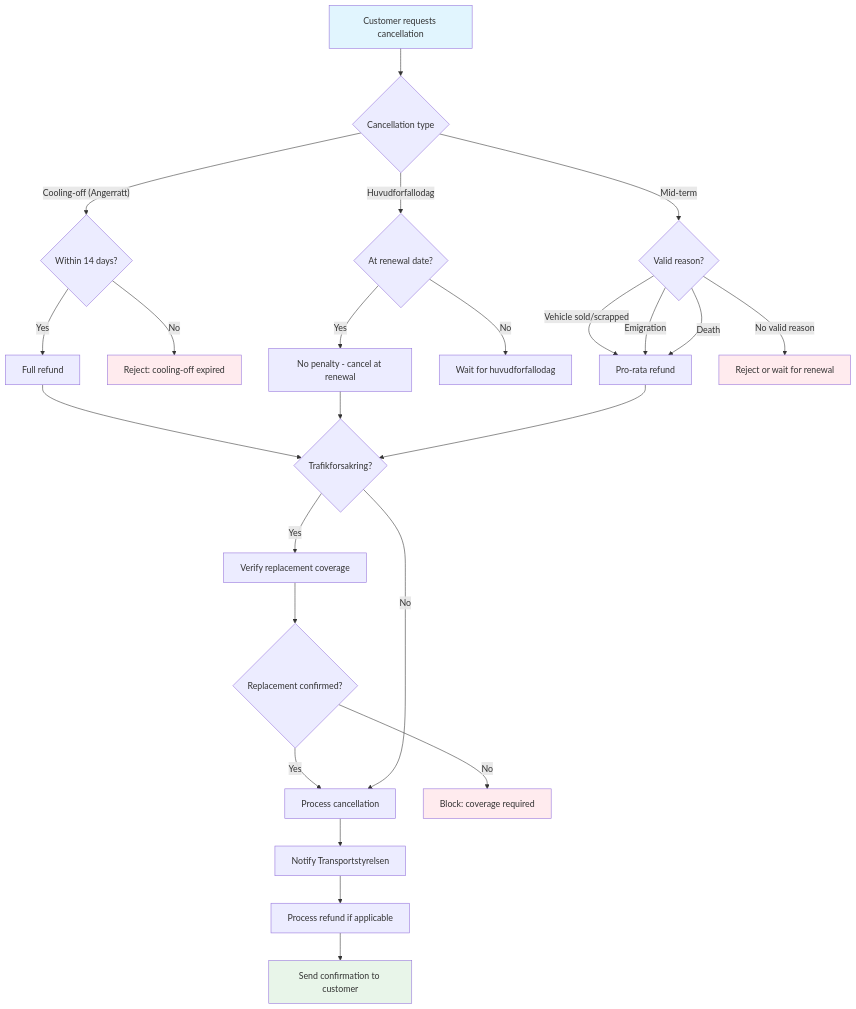
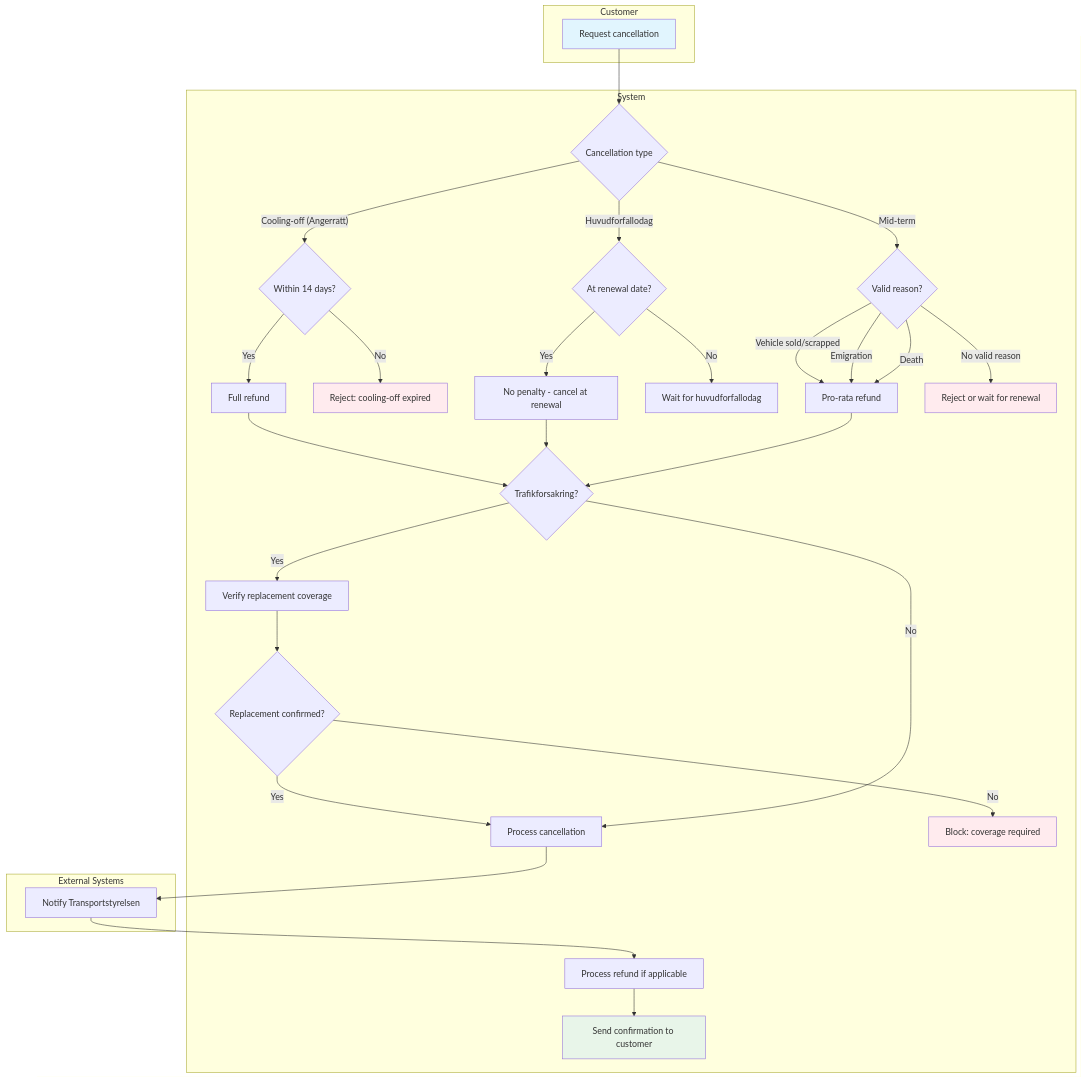
Before and after one commit to Agentic-software-factory/insurance-platform-requirements: the first of 3 diagrams in docs/phase-1-motor/use-cases/uc-cancellation-processing.md, drawn with Mermaid. The commit also changed other lines of this file and 13 other files, not shown here.

````diff
--- a/docs/phase-1-motor/use-cases/uc-cancellation-processing.md
+++ b/docs/phase-1-motor/use-cases/uc-cancellation-processing.md
@@ -40,32 +40,58 @@
 ```mermaid
 flowchart TD
-    A[Customer requests cancellation] --> B{Cancellation type}
-    B -->|"Cooling-off (Angerratt)"| C{Within 14 days?}
-    C -->|Yes| D[Full refund]
-    C -->|No| E[Reject: cooling-off expired]
-    B -->|Huvudforfallodag| F{At renewal date?}
-    F -->|Yes| G[No penalty - cancel at renewal]
-    F -->|No| H[Wait for huvudforfallodag]
-    B -->|Mid-term| I{Valid reason?}
-    I -->|Vehicle sold/scrapped| J[Pro-rata refund]
+    subgraph Customer
+        A[Request cancellation]
+    end
+    subgraph System
+        B{Cancellation type}
+        C{Within 14 days?}
+        D[Full refund]
+        E[Reject: cooling-off expired]
+        F{At renewal date?}
+        G[No penalty - cancel at renewal]
+        H[Wait for huvudforfallodag]
+        I{Valid reason?}
+        J[Pro-rata refund]
+        K[Reject or wait for renewal]
+        L{Trafikforsakring?}
+        M[Verify replacement coverage]
+        N{Replacement confirmed?}
+        O[Process cancellation]
+        P[Block: coverage required]
+        R[Process refund if applicable]
+        S[Send confirmation to customer]
+    end
+    subgraph External["External Systems"]
+        Q[Notify Transportstyrelsen]
+    end
+
+    A --> B
+    B -->|"Cooling-off (Angerratt)"| C
+    C -->|Yes| D
+    C -->|No| E
+    B -->|Huvudforfallodag| F
+    F -->|Yes| G
+    F -->|No| H
+    B -->|Mid-term| I
+    I -->|Vehicle sold/scrapped| J
     I -->|Emigration| J
     I -->|Death| J
-    I -->|No valid reason| K[Reject or wait for renewal]
-    D --> L{Trafikforsakring?}
+    I -->|No valid reason| K
+    D --> L
     G --> L
     J --> L
-    L -->|Yes| M[Verify replacement coverage]
-    M --> N{Replacement confirmed?}
-    N -->|Yes| O[Process cancellation]
-    N -->|No| P[Block: coverage required]
+    L -->|Yes| M
+    M --> N
+    N -->|Yes| O
+    N -->|No| P
     L -->|No| O
-    O --> Q[Notify Transportstyrelsen]
-    Q --> R[Process refund if applicable]
-    R --> S[Send confirmation to customer]
+    O --> Q
+    Q --> R
+    R --> S
 
     style A fill:#e1f5fe
     style S fill:#e8f5e9
     style E fill:#ffebee
     style K fill:#ffebee
     style P fill:#ffebee
 ```
````
